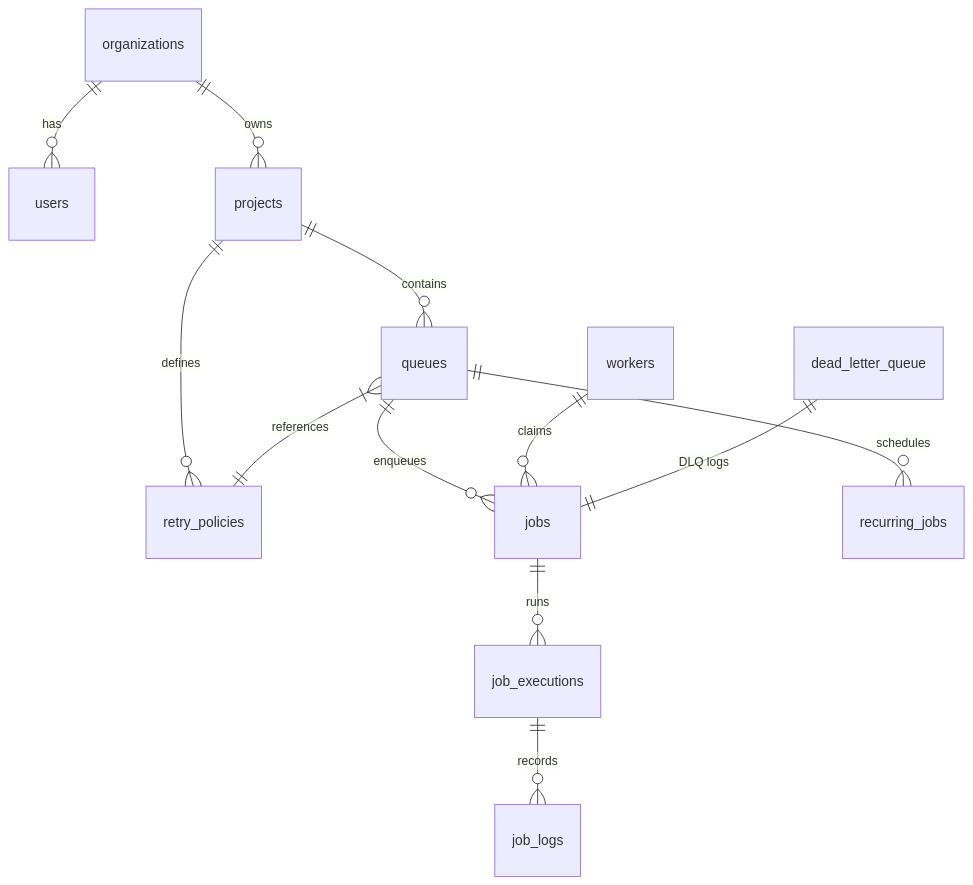
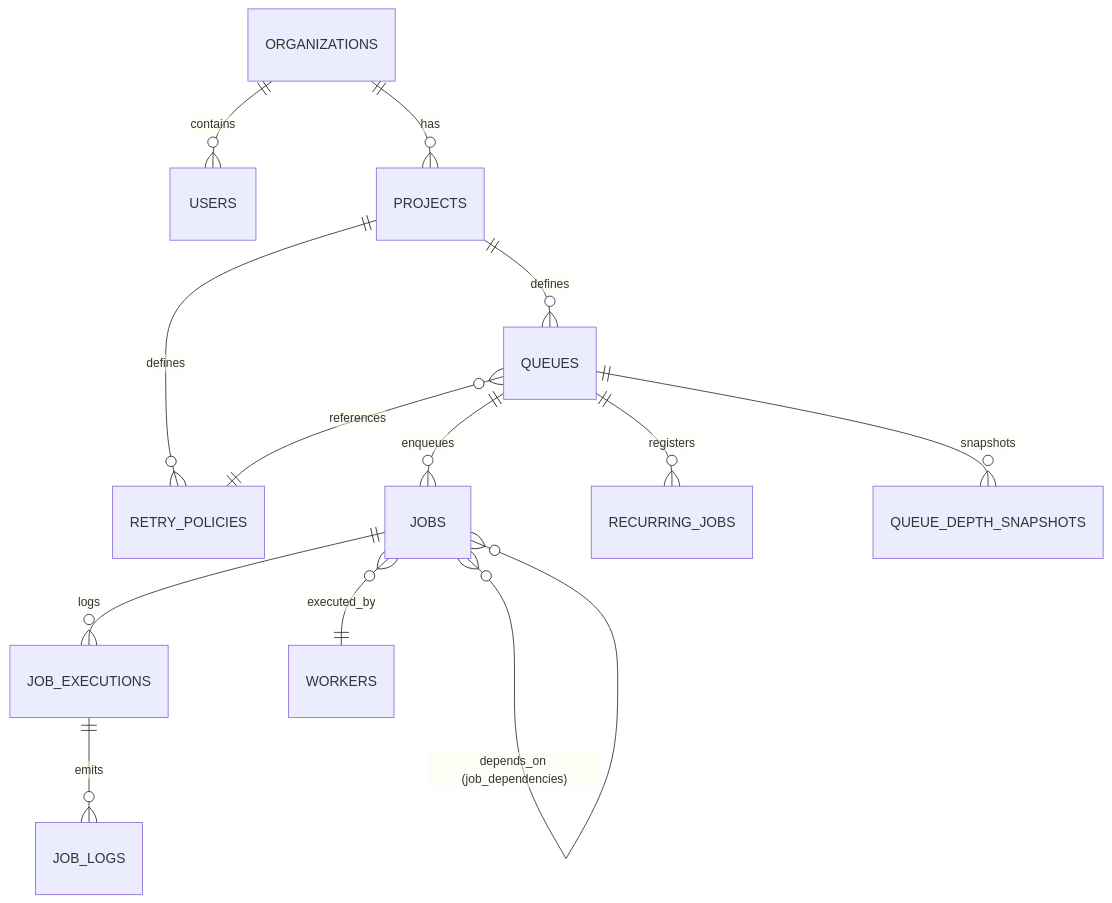
One commit to Neha-0019/Jobsphere-Distributed-Job-Scheduler changed the second of 2 diagrams in README.md. Above: the diagram before and after it, drawn with Mermaid. The commit also changed other lines of this file, not shown here.

Commit message:
README diagrams

````diff
--- a/README.md
+++ b/README.md
@@ -27,14 +98,15 @@
 ```mermaid
 erDiagram
-    organizations ||--o{ users : "has"
-    organizations ||--o{ projects : "owns"
-    projects ||--o{ queues : "contains"
-    projects ||--o{ retry_policies : "defines"
-    queues }|--|| retry_policies : "references"
-    queues ||--o{ jobs : "enqueues"
-    queues ||--o{ recurring_jobs : "schedules"
-    jobs ||--o{ job_executions : "runs"
-    workers ||--o{ jobs : "claims"
-    job_executions ||--o{ job_logs : "records"
-    dead_letter_queue ||--|| jobs : "DLQ logs"
+    ORGANIZATIONS ||--o{ USERS : "contains"
+    ORGANIZATIONS ||--o{ PROJECTS : "has"
+    PROJECTS ||--o{ QUEUES : "defines"
+    PROJECTS ||--o{ RETRY_POLICIES : "defines"
+    QUEUES ||--o{ JOBS : "enqueues"
+    QUEUES ||--o{ RECURRING_JOBS : "registers"
+    QUEUES ||--o{ QUEUE_DEPTH_SNAPSHOTS : "snapshots"
+    QUEUES }o--|| RETRY_POLICIES : "references"
+    JOBS ||--o{ JOB_EXECUTIONS : "logs"
+    JOBS }o--o{ JOBS : "depends_on (job_dependencies)"
+    JOBS }o--|| WORKERS : "executed_by"
+    JOB_EXECUTIONS ||--o{ JOB_LOGS : "emits"
 ```
````
